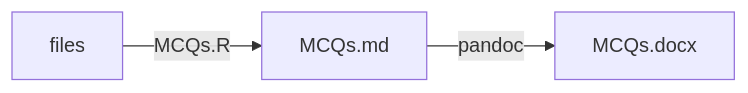
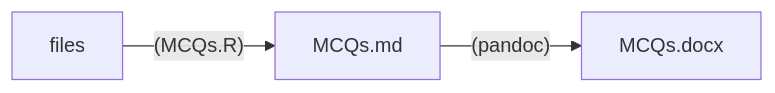
One commit to jinghuazhao/tests changed the diagram in gaawr2/index.md. Above: the diagram before and after it, drawn with Mermaid. The commit also changed other lines of this file and 1 other file, not shown here.

````diff
--- a/gaawr2/index.md
+++ b/gaawr2/index.md
@@ -20,5 +38,5 @@
 ```mermaid
 graph LR
-  files -->|MCQs.R| MCQs.md
-  MCQs.md -->|pandoc| MCQs.docx
+  files --(MCQs.R)--> MCQs.md
+  MCQs.md --(pandoc)--> MCQs.docx
 ```
````
